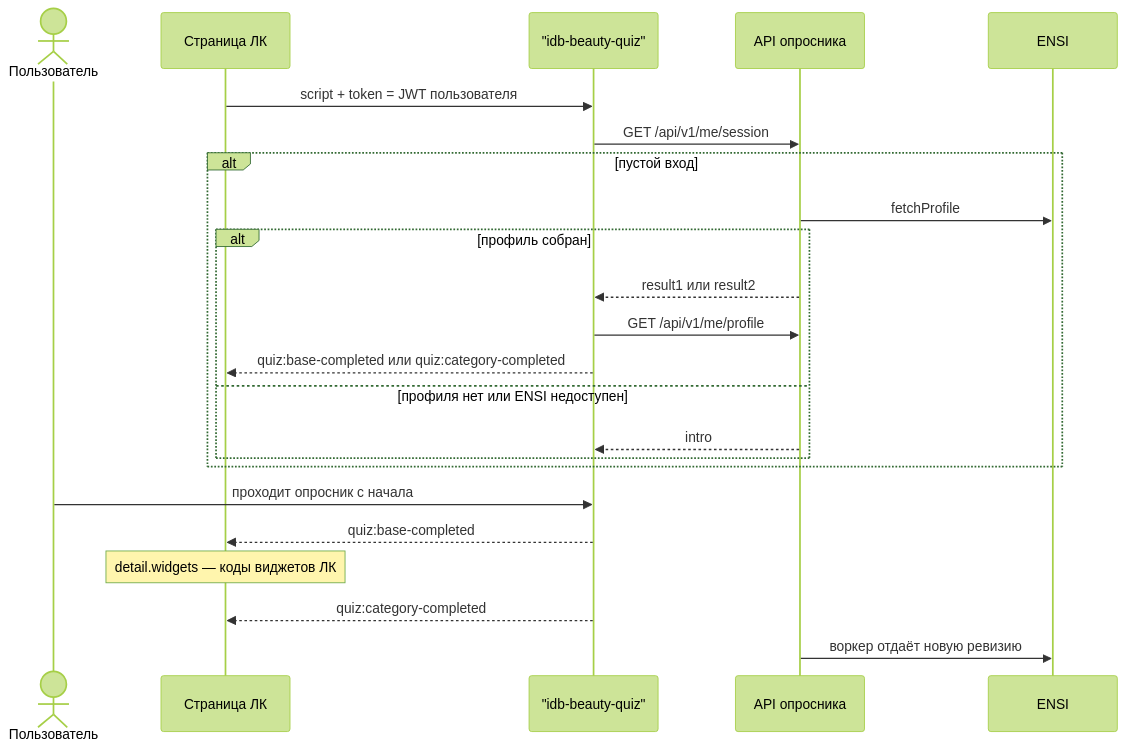
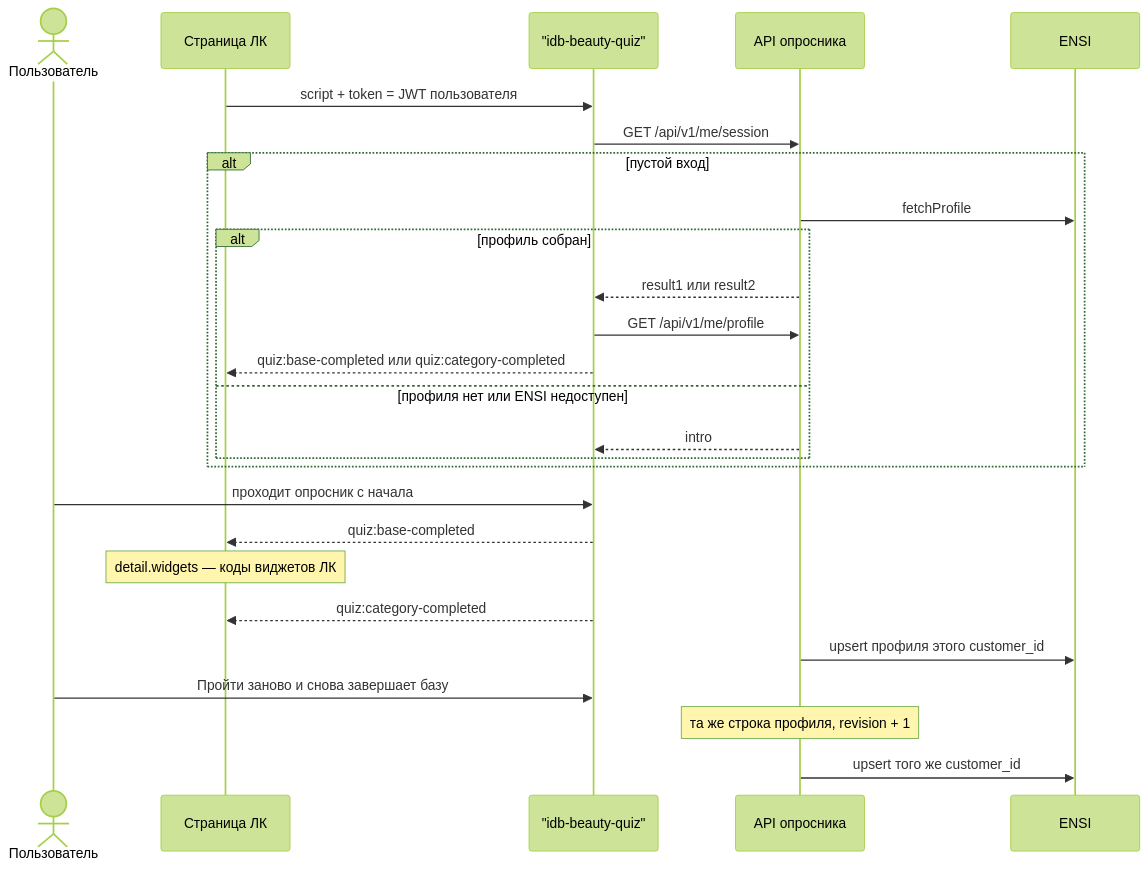
The first of 2 diagrams in docs/INTEGRATION.md (pomazkoff/idb-beauty-passport), drawn with Mermaid (forest theme) before and after one commit. The commit also changed other lines of this file and 12 other files, not shown here.

````diff
--- a/docs/INTEGRATION.md
+++ b/docs/INTEGRATION.md
@@ -16,26 +16,29 @@
 ```mermaid
 sequenceDiagram
   actor User as Пользователь
   participant LK as Страница ЛК
   participant W as "idb-beauty-quiz"
   participant API as API опросника
   participant ENSI as ENSI
 
   LK->>W: script + token = JWT пользователя
   W->>API: GET /api/v1/me/session
   alt пустой вход
     API->>ENSI: fetchProfile
     alt профиль собран
       API-->>W: result1 или result2
       W->>API: GET /api/v1/me/profile
       W-->>LK: quiz:base-completed или quiz:category-completed
     else профиля нет или ENSI недоступен
       API-->>W: intro
     end
   end
   User->>W: проходит опросник с начала
   W-->>LK: quiz:base-completed
   Note over LK: detail.widgets — коды виджетов ЛК
   W-->>LK: quiz:category-completed
-  API->>ENSI: воркер отдаёт новую ревизию
+  API->>ENSI: upsert профиля этого customer_id
+  User->>W: Пройти заново и снова завершает базу
+  Note over API: та же строка профиля, revision + 1
+  API->>ENSI: upsert того же customer_id
 ```
````
